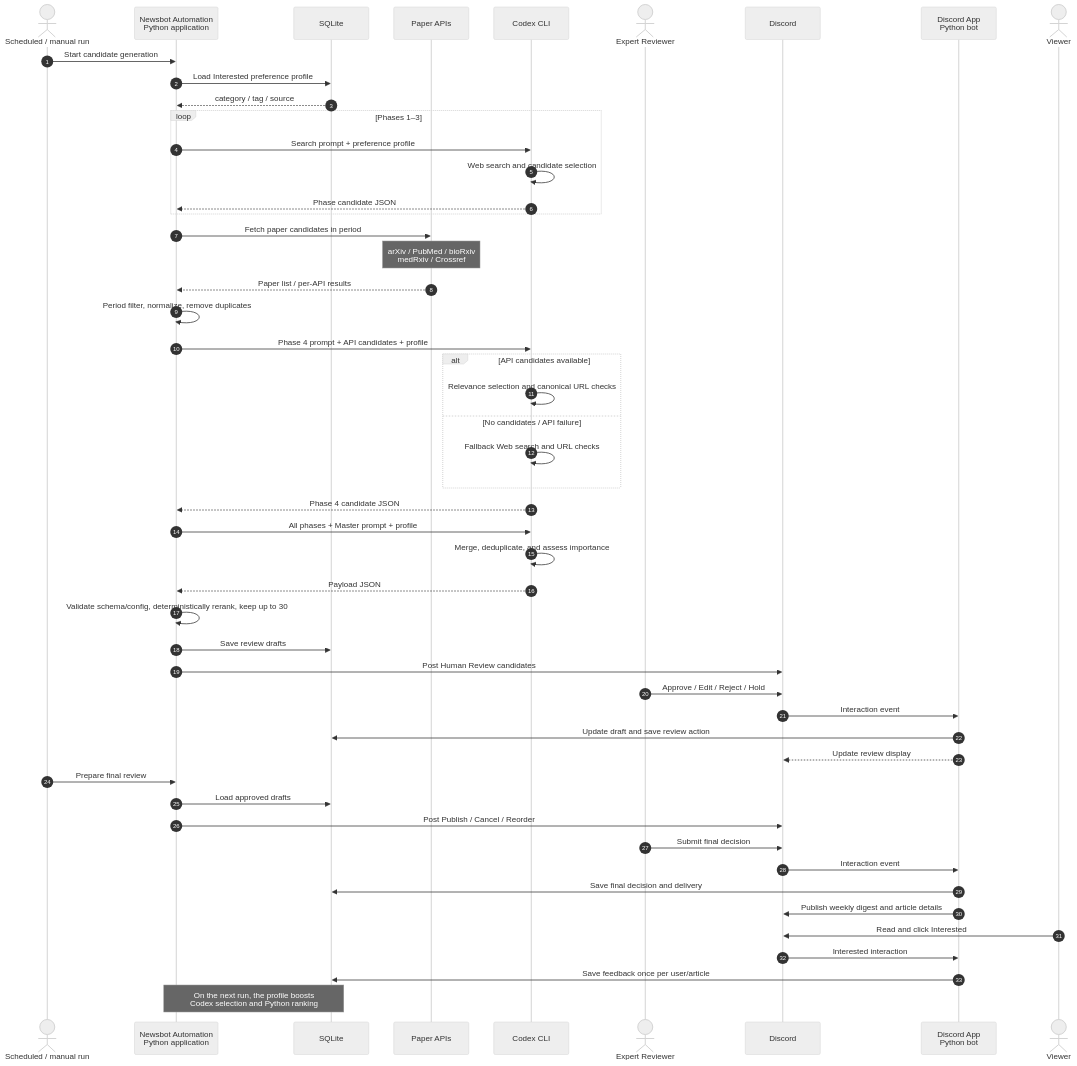
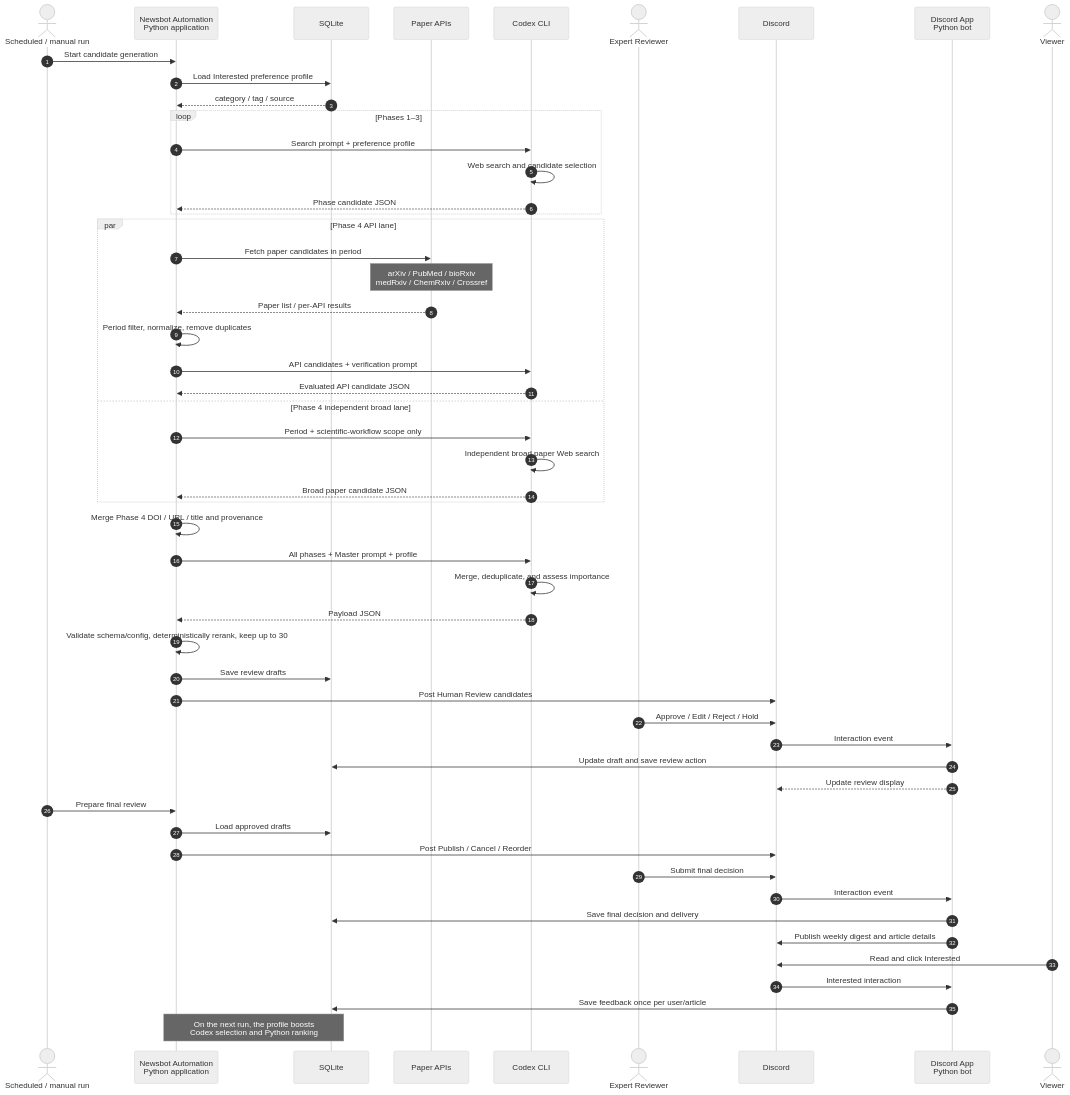
Before and after one commit to noguhiro2002/newsbot-automation: the diagram in README.md, drawn with Mermaid (neutral theme). The commit also changed other lines of this file and 49 other files, not shown here.

````diff
--- a/README.md
+++ b/README.md
@@ -20,60 +20,62 @@
 ```mermaid
 sequenceDiagram
     autonumber
     actor Trigger as Scheduled / manual run
     participant Newsbot as Newsbot Automation<br/>Python application
     participant DB as SQLite
     participant APIs as Paper APIs
     participant Codex as Codex CLI
     actor Expert as Expert Reviewer
     participant Discord as Discord
     participant App as Discord App<br/>Python bot
     actor Viewer as Viewer
 
     Trigger->>Newsbot: Start candidate generation
     Newsbot->>DB: Load Interested preference profile
     DB-->>Newsbot: category / tag / source
 
     loop Phases 1–3
         Newsbot->>Codex: Search prompt + preference profile
         Codex->>Codex: Web search and candidate selection
         Codex-->>Newsbot: Phase candidate JSON
     end
 
-    Newsbot->>APIs: Fetch paper candidates in period
-    Note over APIs: arXiv / PubMed / bioRxiv<br/>medRxiv / Crossref
-    APIs-->>Newsbot: Paper list / per-API results
-    Newsbot->>Newsbot: Period filter, normalize, remove duplicates
-    Newsbot->>Codex: Phase 4 prompt + API candidates + profile
-    alt API candidates available
-        Codex->>Codex: Relevance selection and canonical URL checks
-    else No candidates / API failure
-        Codex->>Codex: Fallback Web search and URL checks
+    par Phase 4 API lane
+        Newsbot->>APIs: Fetch paper candidates in period
+        Note over APIs: arXiv / PubMed / bioRxiv<br/>medRxiv / ChemRxiv / Crossref
+        APIs-->>Newsbot: Paper list / per-API results
+        Newsbot->>Newsbot: Period filter, normalize, remove duplicates
+        Newsbot->>Codex: API candidates + verification prompt
+        Codex-->>Newsbot: Evaluated API candidate JSON
+    and Phase 4 independent broad lane
+        Newsbot->>Codex: Period + scientific-workflow scope only
+        Codex->>Codex: Independent broad paper Web search
+        Codex-->>Newsbot: Broad paper candidate JSON
     end
-    Codex-->>Newsbot: Phase 4 candidate JSON
+    Newsbot->>Newsbot: Merge Phase 4 DOI / URL / title and provenance
 
     Newsbot->>Codex: All phases + Master prompt + profile
     Codex->>Codex: Merge, deduplicate, and assess importance
     Codex-->>Newsbot: Payload JSON
     Newsbot->>Newsbot: Validate schema/config, deterministically rerank, keep up to 30
     Newsbot->>DB: Save review drafts
     Newsbot->>Discord: Post Human Review candidates
 
     Expert->>Discord: Approve / Edit / Reject / Hold
     Discord->>App: Interaction event
     App->>DB: Update draft and save review action
     App-->>Discord: Update review display
 
     Trigger->>Newsbot: Prepare final review
     Newsbot->>DB: Load approved drafts
     Newsbot->>Discord: Post Publish / Cancel / Reorder
     Expert->>Discord: Submit final decision
     Discord->>App: Interaction event
     App->>DB: Save final decision and delivery
     App->>Discord: Publish weekly digest and article details
 
     Viewer->>Discord: Read and click Interested
     Discord->>App: Interested interaction
     App->>DB: Save feedback once per user/article
     Note over Newsbot,DB: On the next run, the profile boosts<br/>Codex selection and Python ranking
 ```
````
